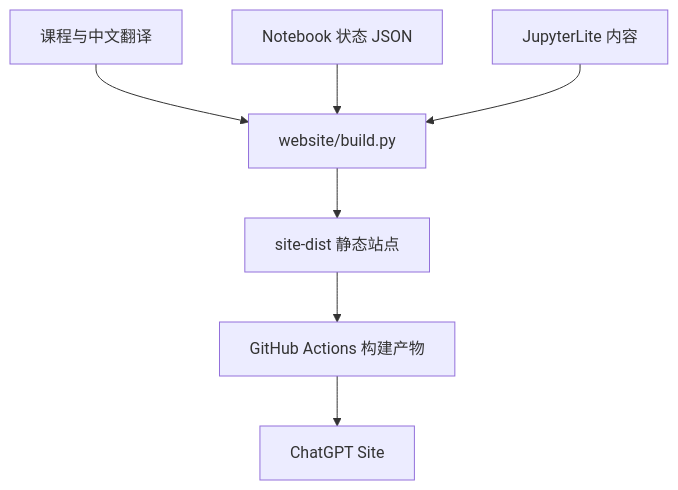
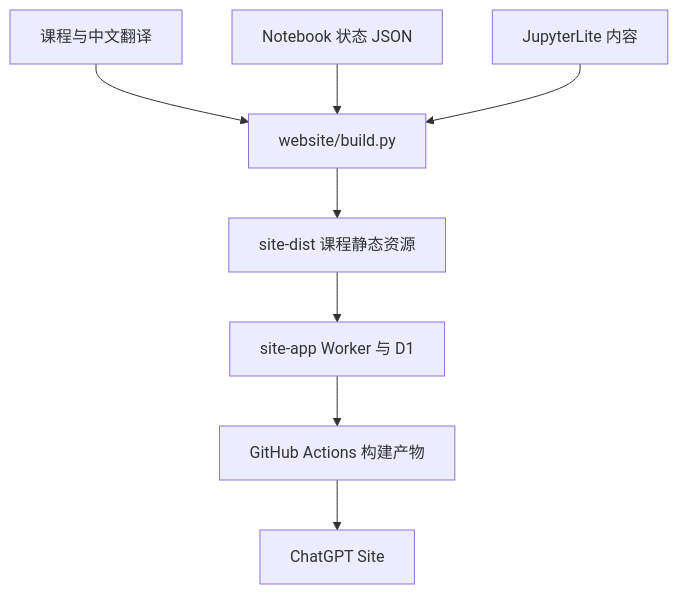
Before and after one commit to azfiles/AI-For-Beginners: the first of 2 diagrams in docs/ARCHITECTURE.zh-CN.md, drawn with Mermaid. The commit also changed other lines of this file and 18 other files, not shown here.

````diff
--- a/docs/ARCHITECTURE.zh-CN.md
+++ b/docs/ARCHITECTURE.zh-CN.md
@@ -5,9 +5,10 @@
 ```mermaid
 flowchart TD
   A[课程与中文翻译] --> B[website/build.py]
   C[Notebook 状态 JSON] --> B
   D[JupyterLite 内容] --> B
-  B --> E[site-dist 静态站点]
-  E --> F[GitHub Actions 构建产物]
-  F --> G[ChatGPT Site]
+  B --> E[site-dist 课程静态资源]
+  E --> F[site-app Worker 与 D1]
+  F --> G[GitHub Actions 构建产物]
+  G --> H[ChatGPT Site]
 ```
````
